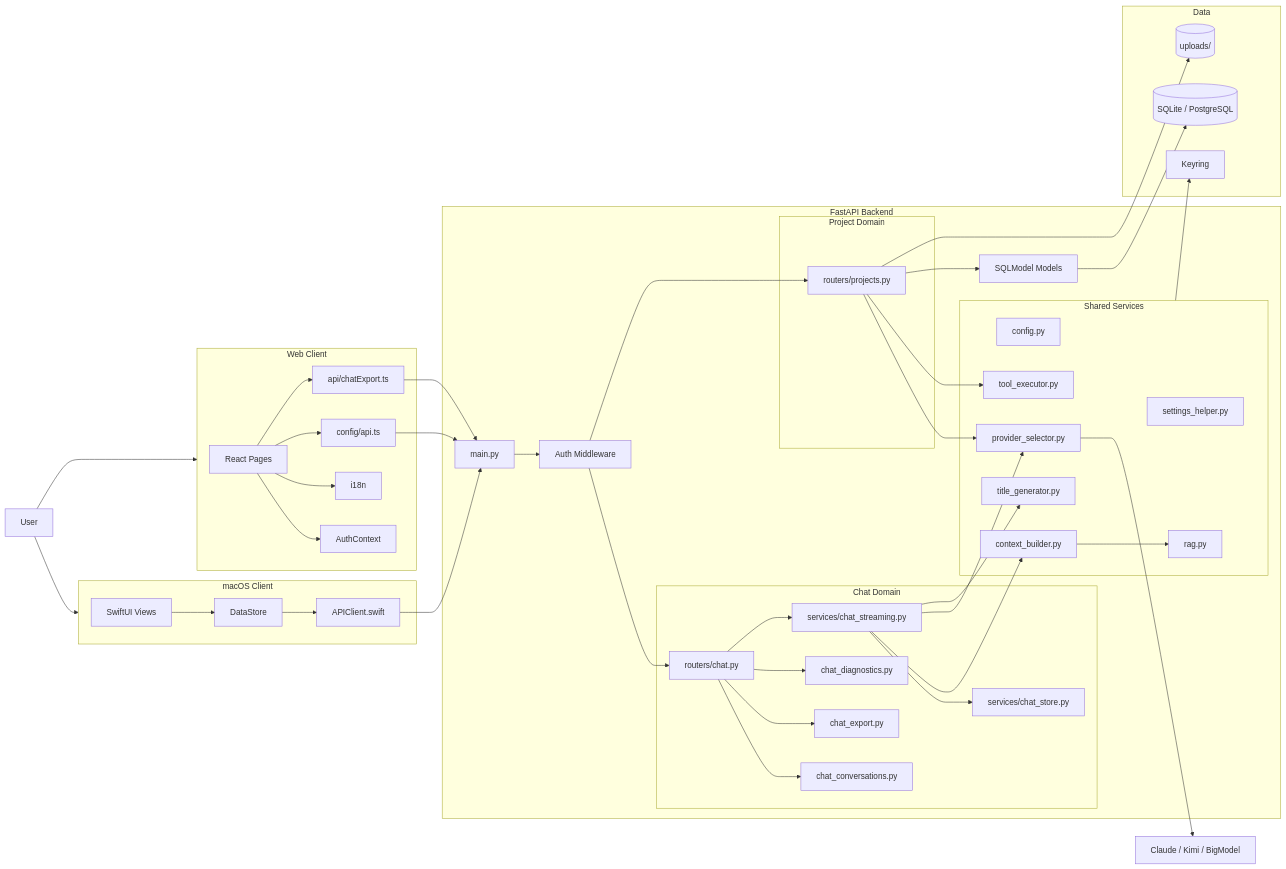
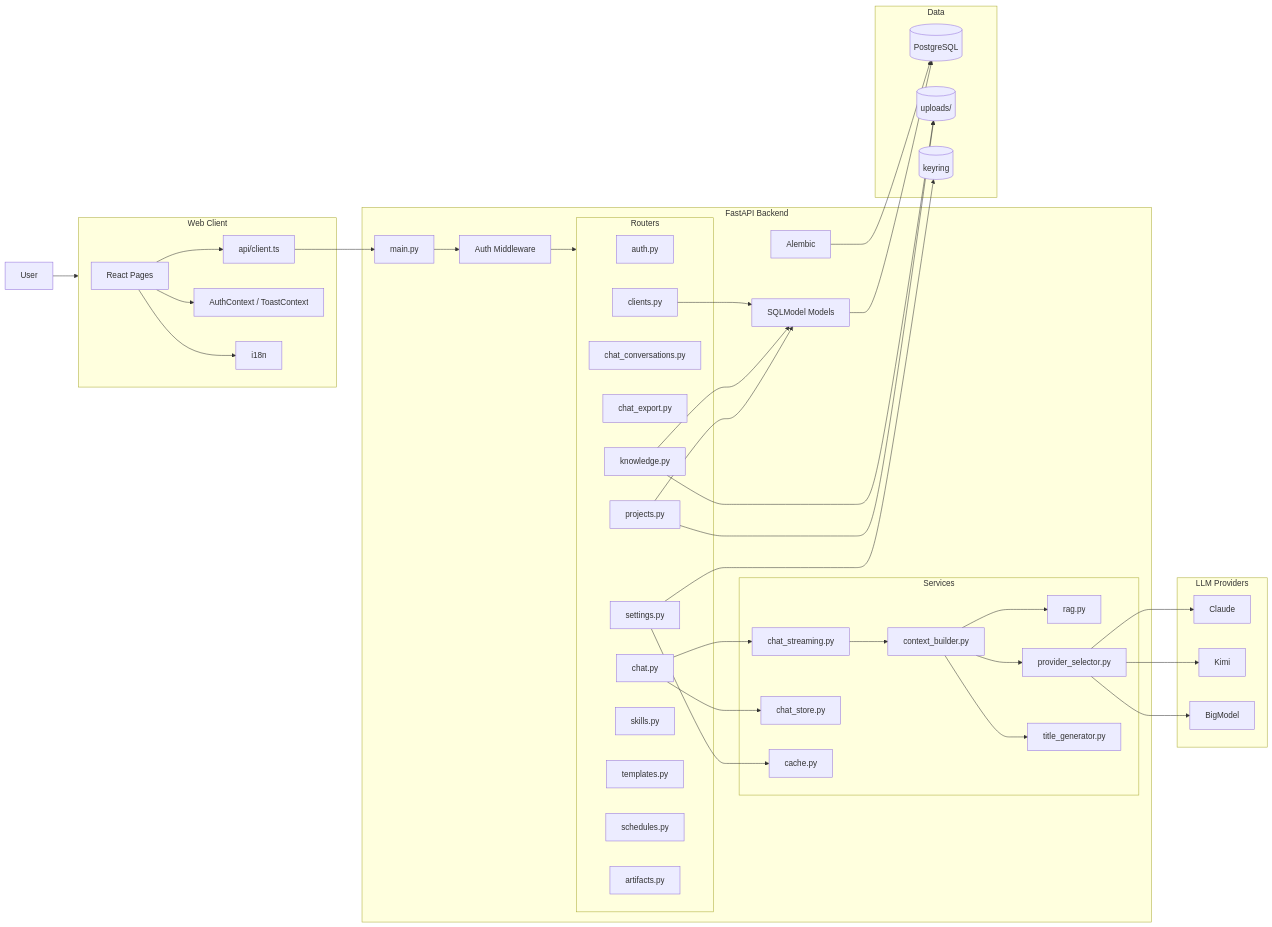
Before and after one commit to guoliang1114-boop/AriaAI: the diagram in docs/06-当前架构图.md, drawn with Mermaid. The commit also changed other lines of this file and 2 other files, not shown here.

Commit message:
docs: refresh project overview and architecture

````diff
--- a/docs/06-当前架构图.md
+++ b/docs/06-当前架构图.md
@@ -11,17 +10,10 @@
 flowchart LR
     U[User]
 
-    subgraph MAC[macOS Client]
-        SWIFT[SwiftUI Views]
-        STORE[DataStore]
-        MACAPI[APIClient.swift]
-    end
-
     subgraph WEB[Web Client]
-        REACT[React Pages]
-        AUTH[AuthContext]
-        API_CFG[config/api.ts]
-        EXPORT[api/chatExport.ts]
+        PAGES[React Pages]
+        API[api/client.ts]
+        CTX[AuthContext / ToastContext]
         I18N[i18n]
     end
 
@@ -29,68 +21,73 @@
         MAIN[main.py]
         MW[Auth Middleware]
 
-        subgraph CHAT[Chat Domain]
-            CHAT_R[routers/chat.py]
-            CHAT_C[chat_conversations.py]
-            CHAT_E[chat_export.py]
-            CHAT_D[chat_diagnostics.py]
-            CHAT_S[services/chat_streaming.py]
-            CHAT_STORE[services/chat_store.py]
+        subgraph ROUTERS[Routers]
+            AUTH[auth.py]
+            CHAT[chat.py]
+            CONV[chat_conversations.py]
+            EXPORT[chat_export.py]
+            CLIENTS[clients.py]
+            KNOWLEDGE[knowledge.py]
+            PROJECTS[projects.py]
+            SETTINGS[settings.py]
+            SKILLS[skills.py]
+            TEMPLATES[templates.py]
+            SCHEDULES[schedules.py]
+            ARTIFACTS[artifacts.py]
         end
 
-        subgraph PROJ[Project Domain]
-            PROJ_R[routers/projects.py]
-        end
-
-        subgraph CORE[Shared Services]
-            CONFIG[config.py]
-            SETTINGS[settings_helper.py]
+        subgraph SERVICES[Services]
+            STREAM[chat_streaming.py]
+            STORE[chat_store.py]
+            CONTEXT[context_builder.py]
+            RAG[rag.py]
             PROVIDER[provider_selector.py]
-            CTX[context_builder.py]
-            RAG[rag.py]
             TITLE[title_generator.py]
-            TOOLS[tool_executor.py]
+            CACHE[cache.py]
         end
 
         MODELS[SQLModel Models]
+        MIGRATIONS[Alembic]
     end
 
     subgraph DATA[Data]
-        DB[(SQLite / PostgreSQL)]
+        PG[(PostgreSQL)]
         FILES[(uploads/)]
-        KEYRING[Keyring]
+        KEYRING[(keyring)]
     end
 
-    LLM[Claude / Kimi / BigModel]
+    subgraph LLM[LLM Providers]
+        CLAUDE[Claude]
+        KIMI[Kimi]
+        BIGMODEL[BigModel]
+    end
 
-    U --> MAC
     U --> WEB
-    SWIFT --> STORE --> MACAPI --> MAIN
-    REACT --> AUTH
-    REACT --> I18N
-    REACT --> API_CFG
-    REACT --> EXPORT
-    API_CFG --> MAIN
-    EXPORT --> MAIN
+    PAGES --> API
+    PAGES --> CTX
+    PAGES --> I18N
+    API --> MAIN
+    MAIN --> MW
+    MW --> ROUTERS
 
-    MAIN --> MW
-    MW --> CHAT_R
-    MW --> PROJ_R
-    CHAT_R --> CHAT_C
-    CHAT_R --> CHAT_E
-    CHAT_R --> CHAT_D
-    CHAT_R --> CHAT_S
-    CHAT_S --> CHAT_STORE
-    CHAT_S --> CTX
-    CHAT_S --> PROVIDER
-    CHAT_S --> TITLE
-    PROJ_R --> PROVIDER
-    PROJ_R --> TOOLS
-    PROJ_R --> MODELS
+    CHAT --> STREAM
+    CHAT --> STORE
+    STREAM --> CONTEXT
+    CONTEXT --> RAG
+    CONTEXT --> PROVIDER
+    CONTEXT --> TITLE
 
-    CTX --> RAG
-    MODELS --> DB
-    PROJ_R --> FILES
-    CORE --> KEYRING
-    PROVIDER --> LLM
+    PROJECTS --> MODELS
+    KNOWLEDGE --> MODELS
+    CLIENTS --> MODELS
+    SETTINGS --> CACHE
+
+    MODELS --> PG
+    MIGRATIONS --> PG
+    PROJECTS --> FILES
+    KNOWLEDGE --> FILES
+    PROVIDER --> CLAUDE
+    PROVIDER --> KIMI
+    PROVIDER --> BIGMODEL
+    SETTINGS --> KEYRING
 ```
````
